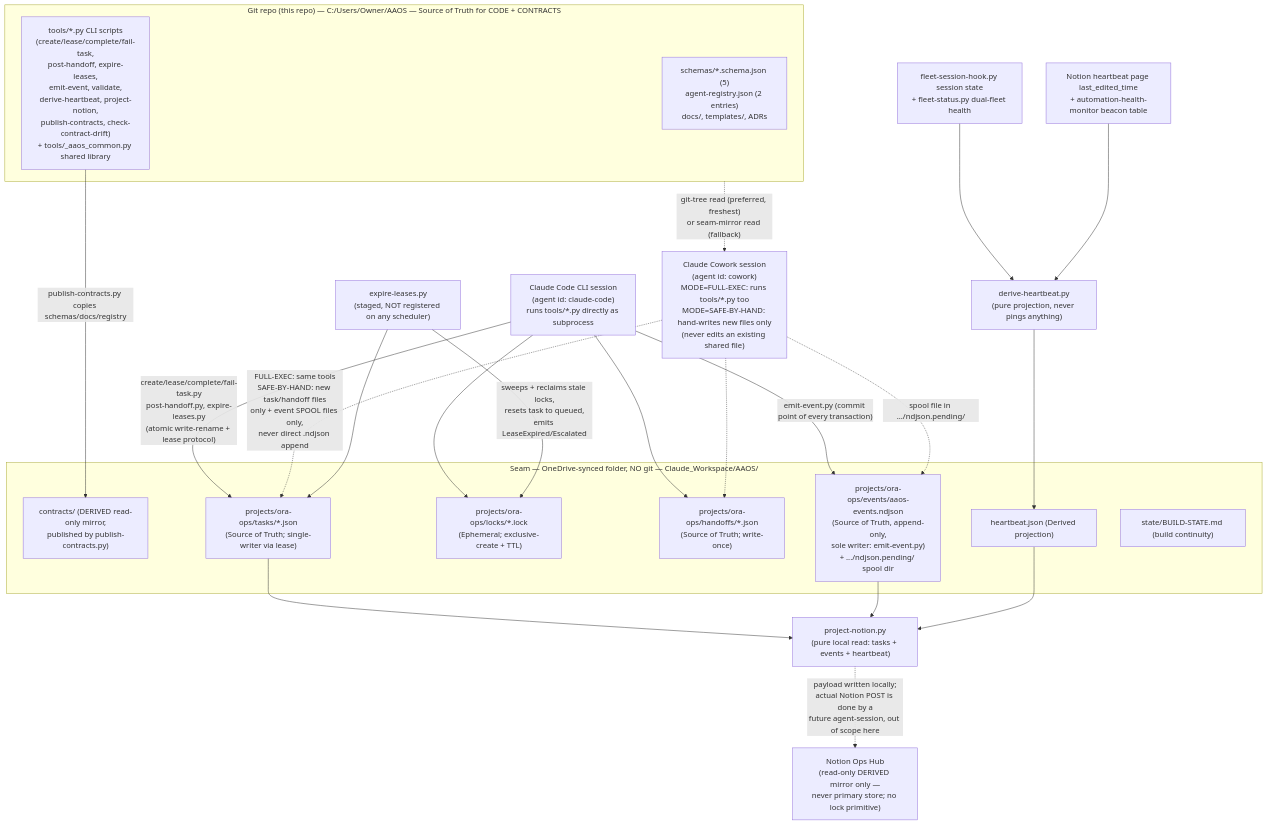
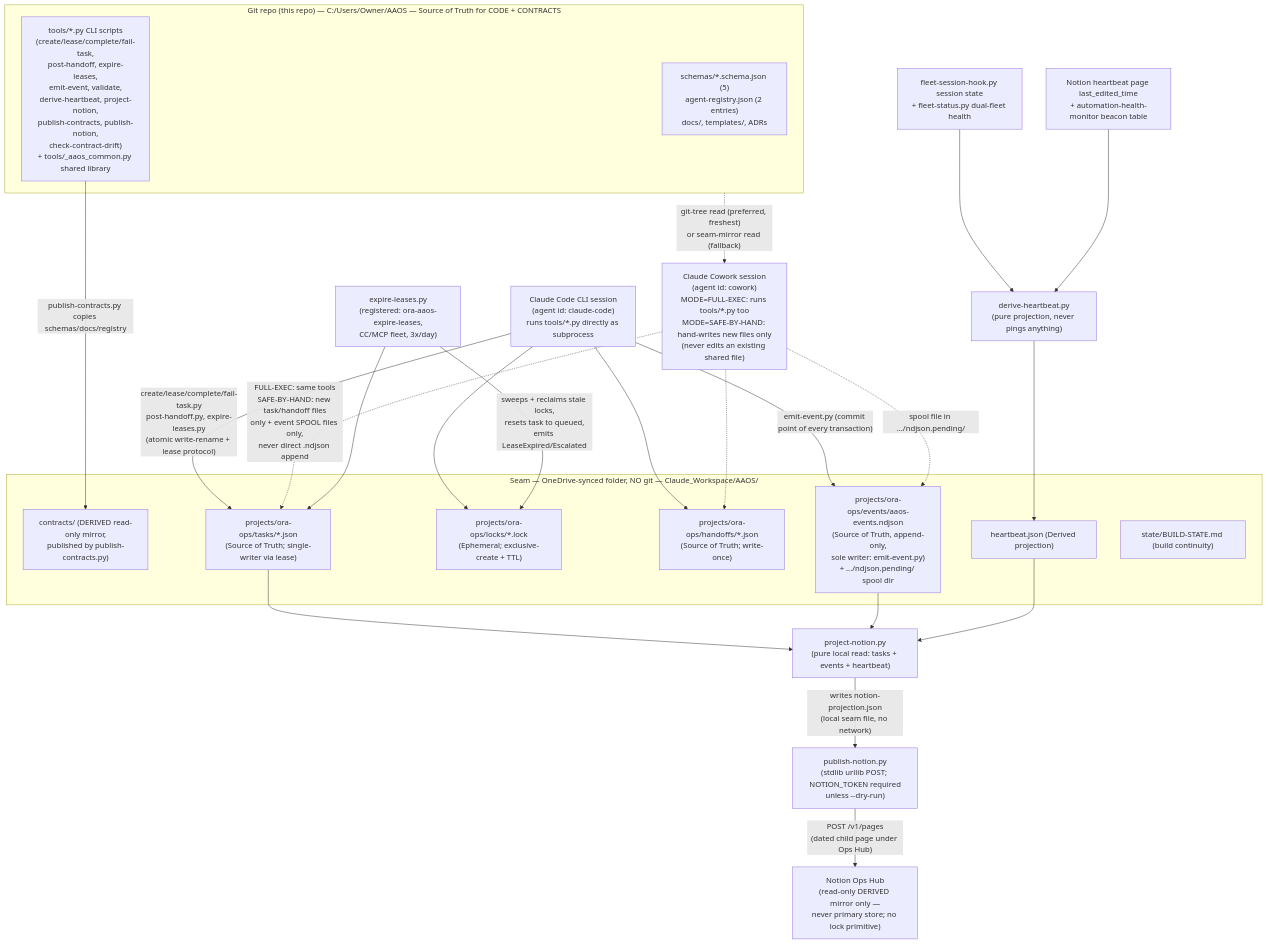
Before and after one commit to ZeOoba/AAOS: the diagram in README.md, drawn with Mermaid. The commit also changed other lines of this file, not shown here.

First line of the commit message:
Refresh architecture diagram: publish-notion.py live, expire-leases scheduled

````diff
--- a/README.md
+++ b/README.md
@@ -9,47 +9,48 @@
 ```mermaid
 flowchart TB
     subgraph GIT["Git repo (this repo) — C:/Users/Owner/AAOS — Source of Truth for CODE + CONTRACTS"]
         SCHEMAS["schemas/*.schema.json (5)\nagent-registry.json (2 entries)\ndocs/, templates/, ADRs"]
-        TOOLS["tools/*.py CLI scripts\n(create/lease/complete/fail-task,\npost-handoff, expire-leases,\nemit-event, validate,\nderive-heartbeat, project-notion,\npublish-contracts, check-contract-drift)\n+ tools/_aaos_common.py shared library"]
+        TOOLS["tools/*.py CLI scripts\n(create/lease/complete/fail-task,\npost-handoff, expire-leases,\nemit-event, validate,\nderive-heartbeat, project-notion,\npublish-contracts, publish-notion,\ncheck-contract-drift)\n+ tools/_aaos_common.py shared library"]
     end
 
     subgraph SEAM["Seam — OneDrive-synced folder, NO git — Claude_Workspace/AAOS/"]
         CONTRACTS["contracts/ (DERIVED read-only mirror,\npublished by publish-contracts.py)"]
         TASKS["projects/ora-ops/tasks/*.json\n(Source of Truth; single-writer via lease)"]
         LOCKS["projects/ora-ops/locks/*.lock\n(Ephemeral; exclusive-create + TTL)"]
         HANDOFFS["projects/ora-ops/handoffs/*.json\n(Source of Truth; write-once)"]
         EVENTS["projects/ora-ops/events/aaos-events.ndjson\n(Source of Truth, append-only,\nsole writer: emit-event.py)\n+ .../ndjson.pending/ spool dir"]
         HEARTBEAT["heartbeat.json (Derived projection)"]
         BUILDSTATE["state/BUILD-STATE.md (build continuity)"]
     end
 
     CODE["Claude Code CLI session\n(agent id: claude-code)\nruns tools/*.py directly as subprocess"]
     COWORK["Claude Cowork session\n(agent id: cowork)\nMODE=FULL-EXEC: runs tools/*.py too\nMODE=SAFE-BY-HAND: hand-writes new files only\n(never edits an existing shared file)"]
 
     UPSTREAM_CODE["fleet-session-hook.py session state\n+ fleet-status.py dual-fleet health"]
     UPSTREAM_COWORK["Notion heartbeat page last_edited_time\n+ automation-health-monitor beacon table"]
     NOTION["Notion Ops Hub\n(read-only DERIVED mirror only —\nnever primary store; no lock primitive)"]
 
     TOOLS -- "publish-contracts.py copies schemas/docs/registry" --> CONTRACTS
     GIT -. "git-tree read (preferred, freshest)\nor seam-mirror read (fallback)" .-> COWORK
 
     CODE -- "create/lease/complete/fail-task.py\npost-handoff.py, expire-leases.py\n(atomic write-rename + lease protocol)" --> TASKS
     CODE --> LOCKS
     CODE --> HANDOFFS
     CODE -- "emit-event.py (commit point of every transaction)" --> EVENTS
     COWORK -. "FULL-EXEC: same tools\nSAFE-BY-HAND: new task/handoff files\nonly + event SPOOL files only,\nnever direct .ndjson append" .-> TASKS
     COWORK -.-> HANDOFFS
     COWORK -. "spool file in .../ndjson.pending/" .-> EVENTS
 
     UPSTREAM_CODE --> DH["derive-heartbeat.py\n(pure projection, never pings anything)"]
     UPSTREAM_COWORK --> DH
     DH --> HEARTBEAT
 
     TASKS --> PN["project-notion.py\n(pure local read: tasks + events + heartbeat)"]
     EVENTS --> PN
     HEARTBEAT --> PN
-    PN -. "payload written locally;\nactual Notion POST is done by a\nfuture agent-session, out of scope here" .-> NOTION
+    PN -- "writes notion-projection.json\n(local seam file, no network)" --> PUBLISHN["publish-notion.py\n(stdlib urllib POST; NOTION_TOKEN required\nunless --dry-run)"]
+    PUBLISHN -- "POST /v1/pages\n(dated child page under Ops Hub)" --> NOTION
 
-    EXPIRE["expire-leases.py\n(staged, NOT registered on any scheduler)"] -- "sweeps + reclaims stale locks,\nresets task to queued,\nemits LeaseExpired/Escalated" --> LOCKS
+    EXPIRE["expire-leases.py\n(registered: ora-aaos-expire-leases,\nCC/MCP fleet, 3x/day)"] -- "sweeps + reclaims stale locks,\nresets task to queued,\nemits LeaseExpired/Escalated" --> LOCKS
     EXPIRE --> TASKS
 ```
````
